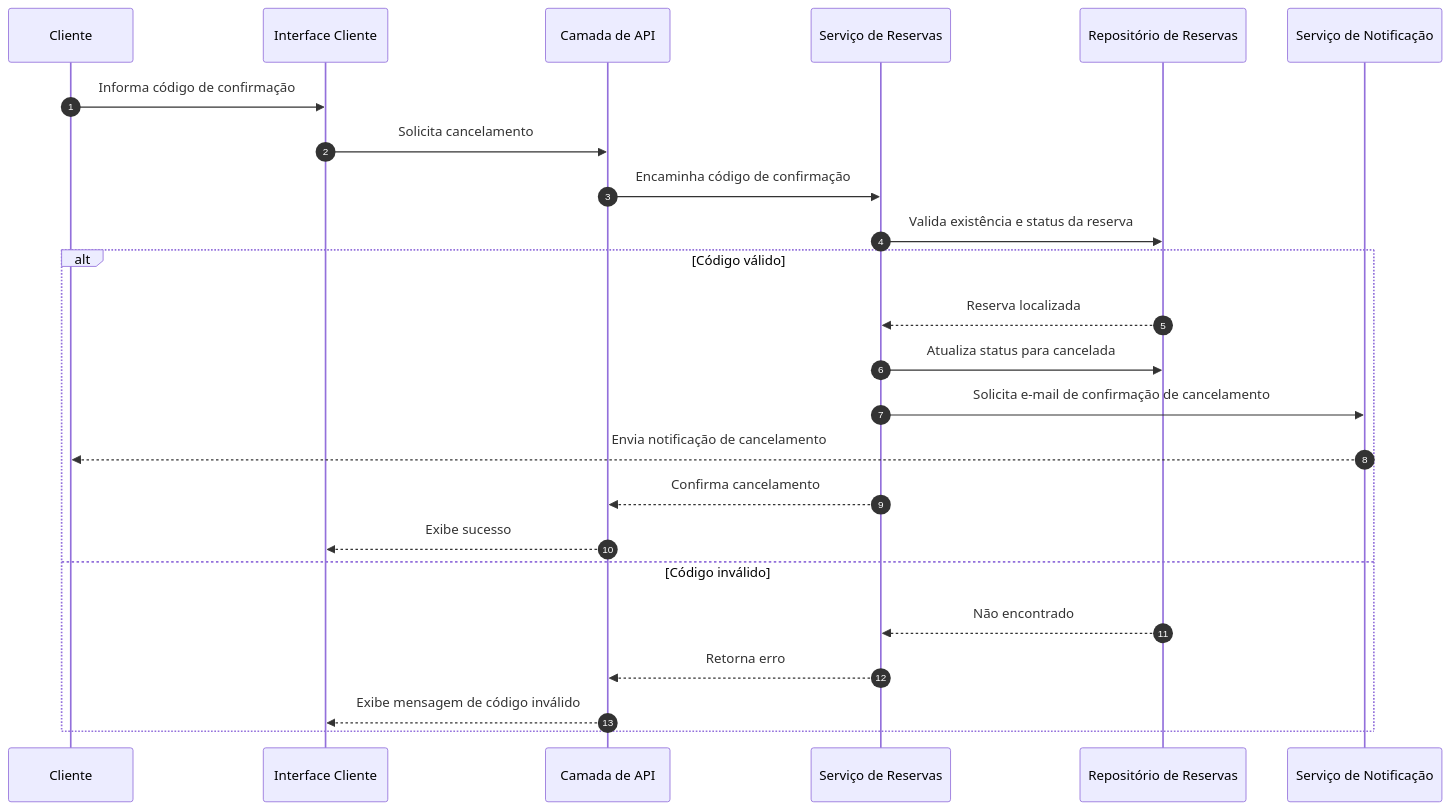
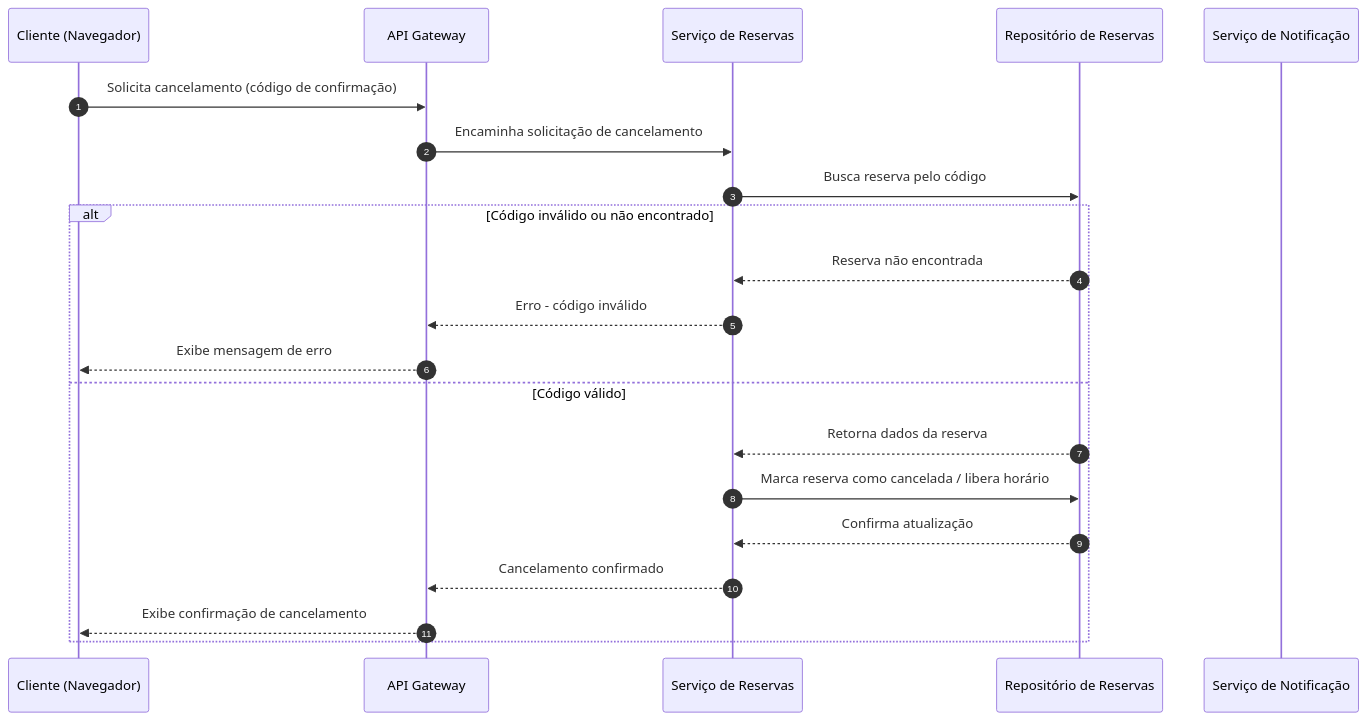
The third of 3 diagrams in docs/Time_2_Design/analise-qualitativa/outputs/relatorio_claude_sonnet_5_P05.md (PDC-ESIA/AI4ES), drawn with Mermaid before and after one commit. The commit also changed other lines of this file and 93 other files, not shown here.

````diff
--- a/docs/Time_2_Design/analise-qualitativa/outputs/relatorio_claude_sonnet_5_P05.md
+++ b/docs/Time_2_Design/analise-qualitativa/outputs/relatorio_claude_sonnet_5_P05.md
@@ -109,27 +143,24 @@
 ```mermaid
 sequenceDiagram
     autonumber
-    participant Cliente as Cliente
-    participant UI as Interface Cliente
-    participant API as Camada de API
-    participant SVC_R as Serviço de Reservas
-    participant REPO as Repositório de Reservas
-    participant SVC_N as Serviço de Notificação
+    participant Cliente as Cliente (Navegador)
+    participant Gateway as API Gateway
+    participant ReservaSvc as Serviço de Reservas
+    participant ReservaRepo as Repositório de Reservas
+    participant NotifSvc as Serviço de Notificação
 
-    Cliente->>UI: Informa código de confirmação
-    UI->>API: Solicita cancelamento
-    API->>SVC_R: Encaminha código de confirmação
-    SVC_R->>REPO: Valida existência e status da reserva
-    alt Código válido
-        REPO-->>SVC_R: Reserva localizada
-        SVC_R->>REPO: Atualiza status para cancelada
-        SVC_R->>SVC_N: Solicita e-mail de confirmação de cancelamento
-        SVC_N-->>Cliente: Envia notificação de cancelamento
-        SVC_R-->>API: Confirma cancelamento
-        API-->>UI: Exibe sucesso
-    else Código inválido
-        REPO-->>SVC_R: Não encontrado
-        SVC_R-->>API: Retorna erro
-        API-->>UI: Exibe mensagem de código inválido
+    Cliente->>Gateway: Solicita cancelamento (código de confirmação)
+    Gateway->>ReservaSvc: Encaminha solicitação de cancelamento
+    ReservaSvc->>ReservaRepo: Busca reserva pelo código
+    alt Código inválido ou não encontrado
+        ReservaRepo-->>ReservaSvc: Reserva não encontrada
+        ReservaSvc-->>Gateway: Erro - código inválido
+        Gateway-->>Cliente: Exibe mensagem de erro
+    else Código válido
+        ReservaRepo-->>ReservaSvc: Retorna dados da reserva
+        ReservaSvc->>ReservaRepo: Marca reserva como cancelada / libera horário
+        ReservaRepo-->>ReservaSvc: Confirma atualização
+        ReservaSvc-->>Gateway: Cancelamento confirmado
+        Gateway-->>Cliente: Exibe confirmação de cancelamento
     end
 ```
````
